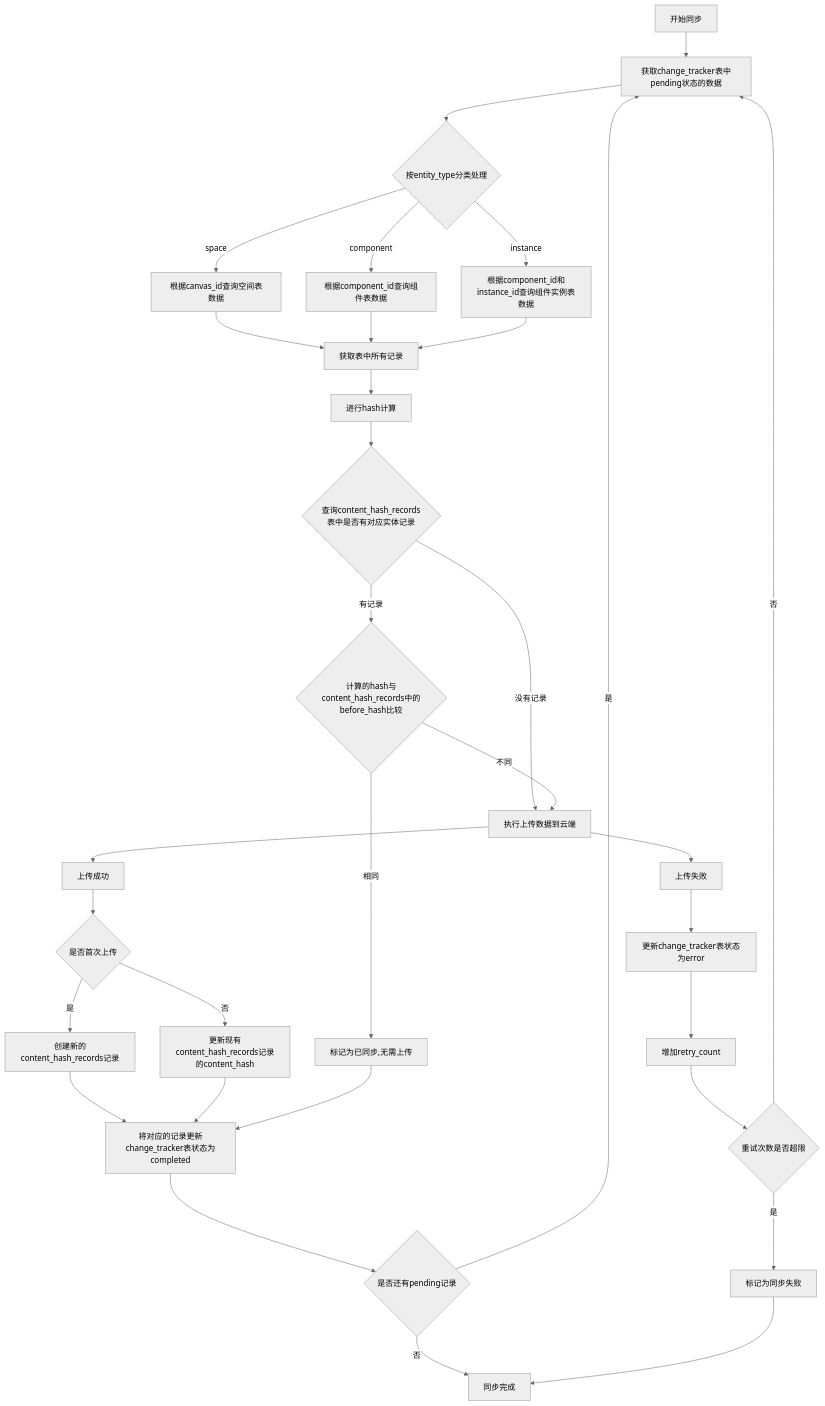
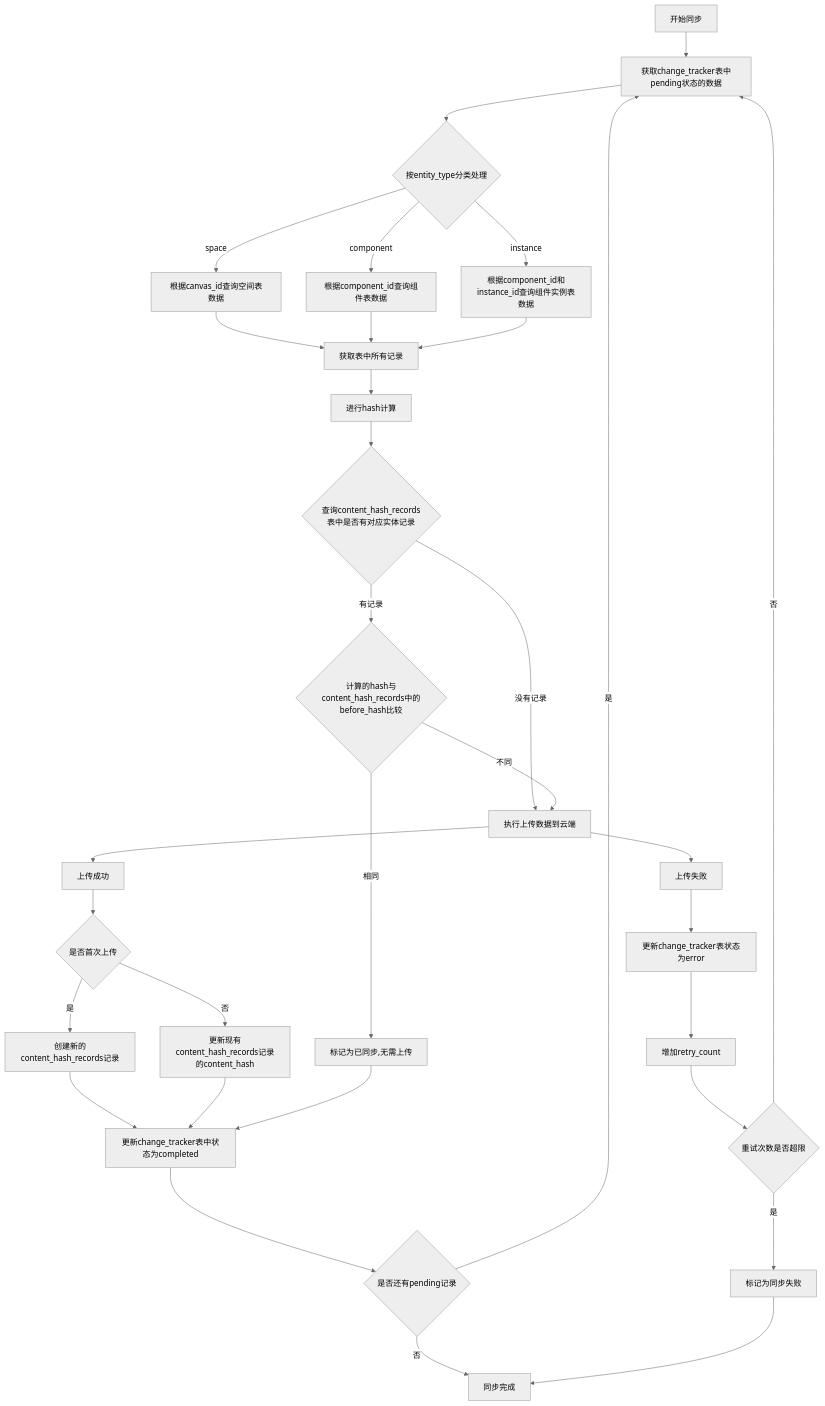
Before and after one commit to yingjianzh/iodraw-files: the diagram in all/未命名-44.md, drawn with Mermaid (neutral theme).

Commit message:
2025-04-27 10:29:55 update

````diff
--- a/all/未命名-44.md
+++ b/all/未命名-44.md
@@ -1,47 +1,47 @@
 ```mermaid
 
 flowchart TD
     A[开始同步] --> B[获取change_tracker表中pending状态的数据]
     B --> C{按entity_type分类处理}
     
     C -->|space| D1[根据canvas_id查询空间表数据]
     C -->|component| D2[根据component_id查询组件表数据]
     C -->|instance| D3[根据component_id和instance_id查询组件实例表数据]
     
     D1 --> E1[获取表中所有记录]
     D2 --> E1
     D3 --> E1
     
     E1 --> E2[进行hash计算]
     
     
     E2 --> I1{查询content_hash_records表中是否有对应实体记录}
     I1 -->|没有记录| K[执行上传数据到云端]
     I1 -->|有记录| I2{计算的hash与content_hash_records中的before_hash比较}
     I2 -->|相同| J[标记为已同步,无需上传]
     I2 -->|不同| K
     
     K --> L[上传成功]
     L --> M1{是否首次上传}
     M1 -->|是| M2[创建新的content_hash_records记录]
     M1 -->|否| M3[更新现有content_hash_records记录的content_hash]
     
-    M2 --> N[将对应的记录更新change_tracker表状态为completed]
+    M2 --> N[更新change_tracker表中状态为completed]
     M3 --> N
     
     J --> N
     
     N --> O{是否还有pending记录}
     O -->|是| B
     O -->|否| P[同步完成]
     
     K --> Q[上传失败]
     Q --> R[更新change_tracker表状态为error]
     R --> S[增加retry_count]
     S --> T{重试次数是否超限}
     T -->|是| U[标记为同步失败]
     T -->|否| B
     
     U --> P
 
 ```
````
